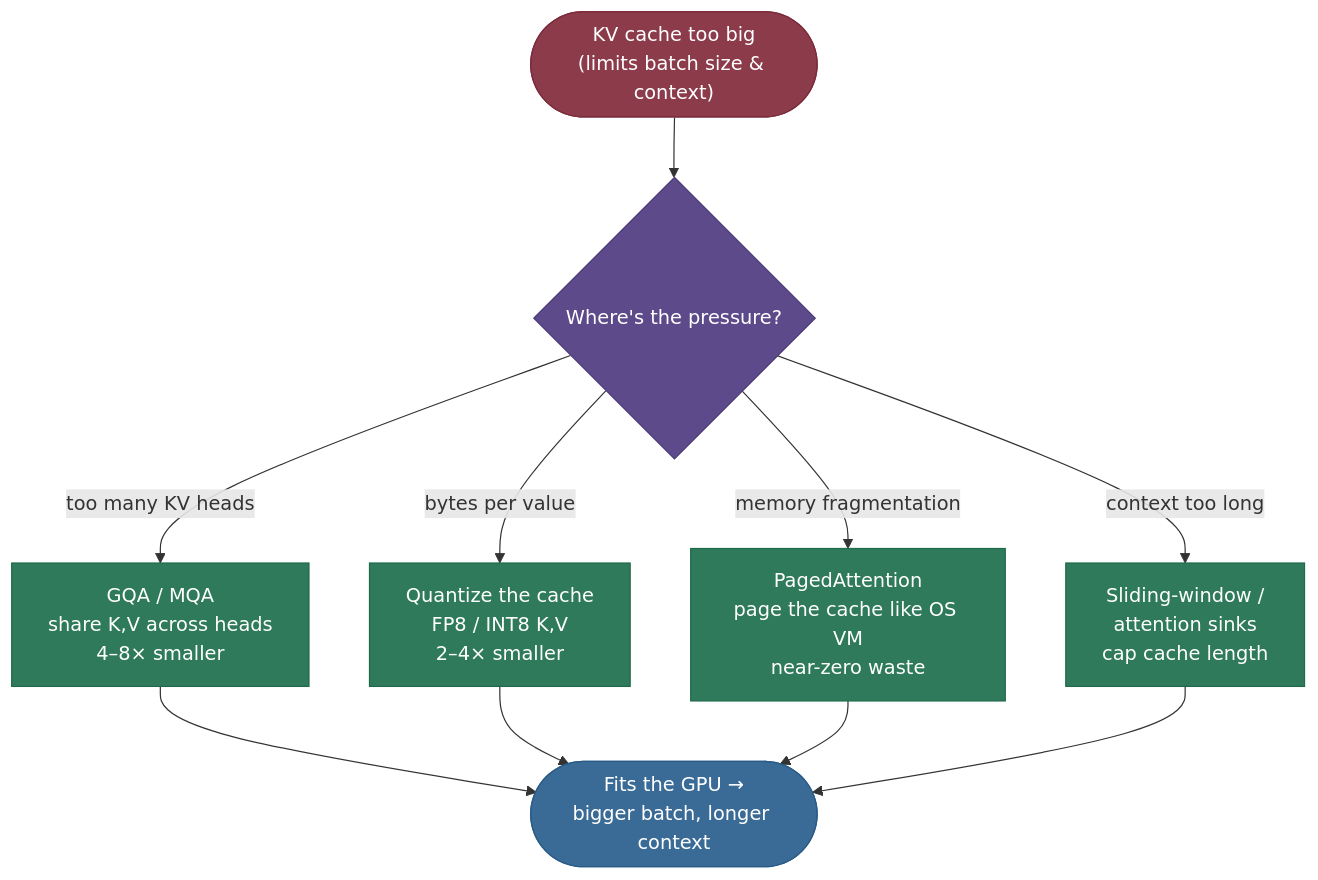
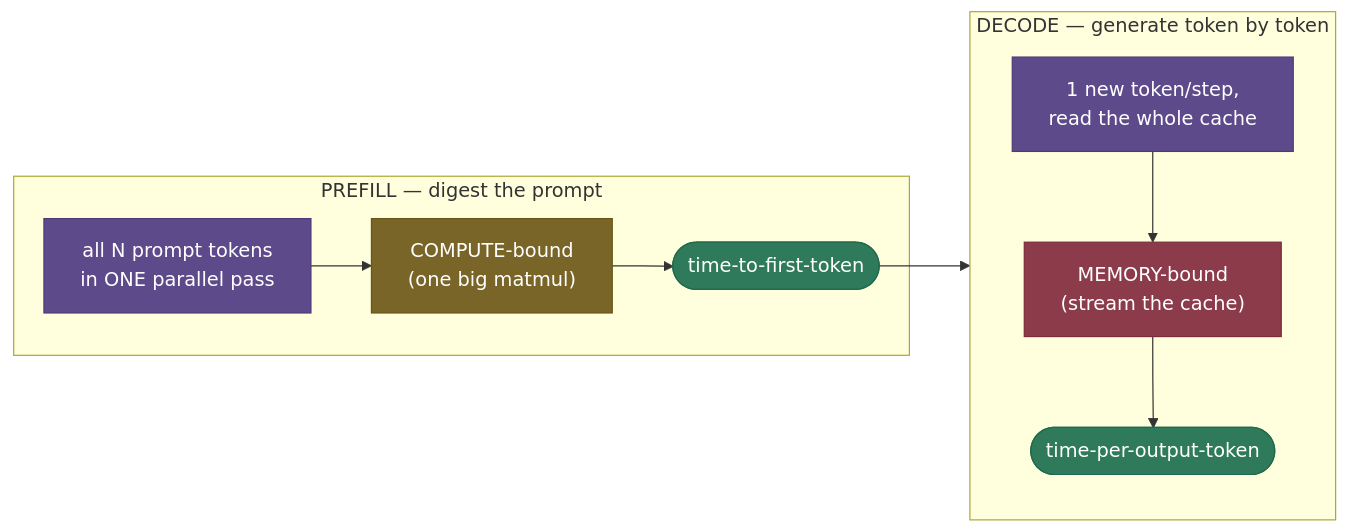
The second of 2 diagrams in 09. LLMs/concepts/05-KV-Cache.md (sudhir13s/AI-ML-learning-resources), drawn with Mermaid before and after one commit. The commit also changed other lines of this file, not shown here.

First line of the commit message:
feat(09-llms): elevate KV-Cache to publication-grade gold standard

````diff
--- a/09. LLMs/concepts/05-KV-Cache.md
+++ b/09. LLMs/concepts/05-KV-Cache.md
@@ -171,17 +98,17 @@
 ```mermaid
-graph TD
-    PROB(["KV cache too big<br/>(limits batch size & context)"]):::danger --> Q{"Where's the pressure?"}:::process
-    Q -->|"too many KV heads"| GQA["GQA / MQA<br/>share K,V across heads<br/>4–8× smaller"]:::out
-    Q -->|"bytes per value"| QNT["Quantize the cache<br/>FP8 / INT8 K,V<br/>2–4× smaller"]:::out
-    Q -->|"memory fragmentation"| PAGE["PagedAttention<br/>page the cache like OS VM<br/>near-zero waste"]:::out
-    Q -->|"context too long"| WIN["Sliding-window /<br/>attention sinks<br/>cap cache length"]:::out
-    GQA --> FIT(["Fits the GPU →<br/>bigger batch, longer context"]):::data
-    QNT --> FIT
-    PAGE --> FIT
-    WIN --> FIT
+graph LR
+    subgraph PRE["PREFILL — digest the prompt"]
+    P1["all N prompt tokens<br/>in ONE parallel pass"]:::process --> P2["COMPUTE-bound<br/>(one big matmul)"]:::amber
+    P2 --> TTFT(["time-to-first-token"]):::out
+    end
+    subgraph DEC["DECODE — generate token by token"]
+    D1["1 new token/step,<br/>read the whole cache"]:::process --> D2["MEMORY-bound<br/>(stream the cache)"]:::danger
+    D2 --> TPOT(["time-per-output-token"]):::out
+    end
+    TTFT --> DEC
 
+    classDef process fill:#5D4A8A,stroke:#4D3A7A,color:#fff
+    classDef amber fill:#7A6528,stroke:#6A5518,color:#fff
     classDef danger fill:#8B3B4A,stroke:#7B2B3A,color:#fff
-    classDef process fill:#5D4A8A,stroke:#4D3A7A,color:#fff
     classDef out fill:#2E7A5A,stroke:#1E6A4A,color:#fff
-    classDef data fill:#3A6B96,stroke:#2A5B86,color:#fff
 ```
````
